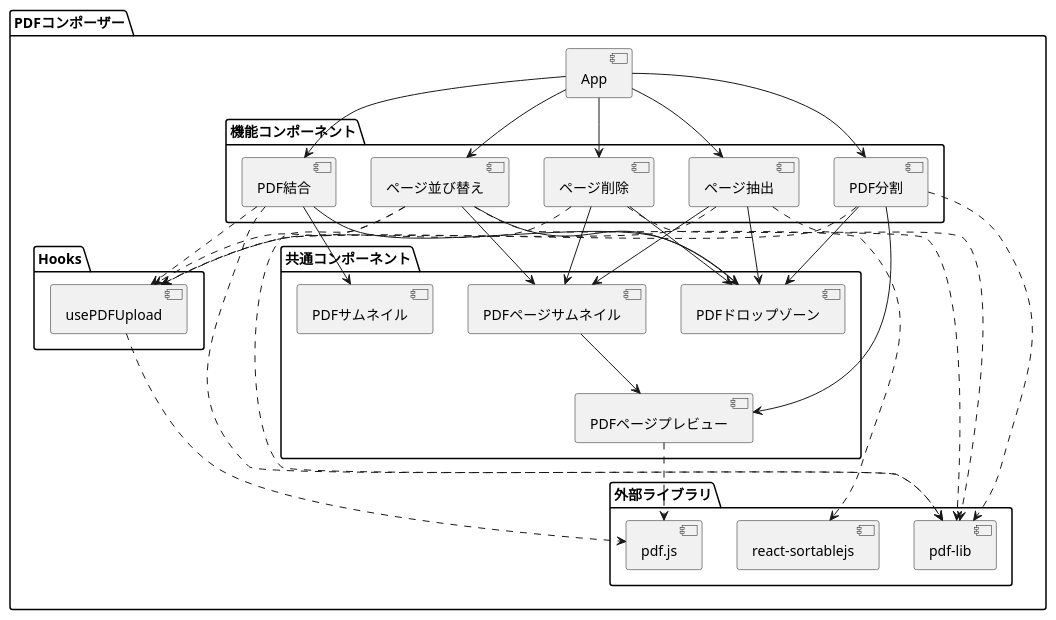
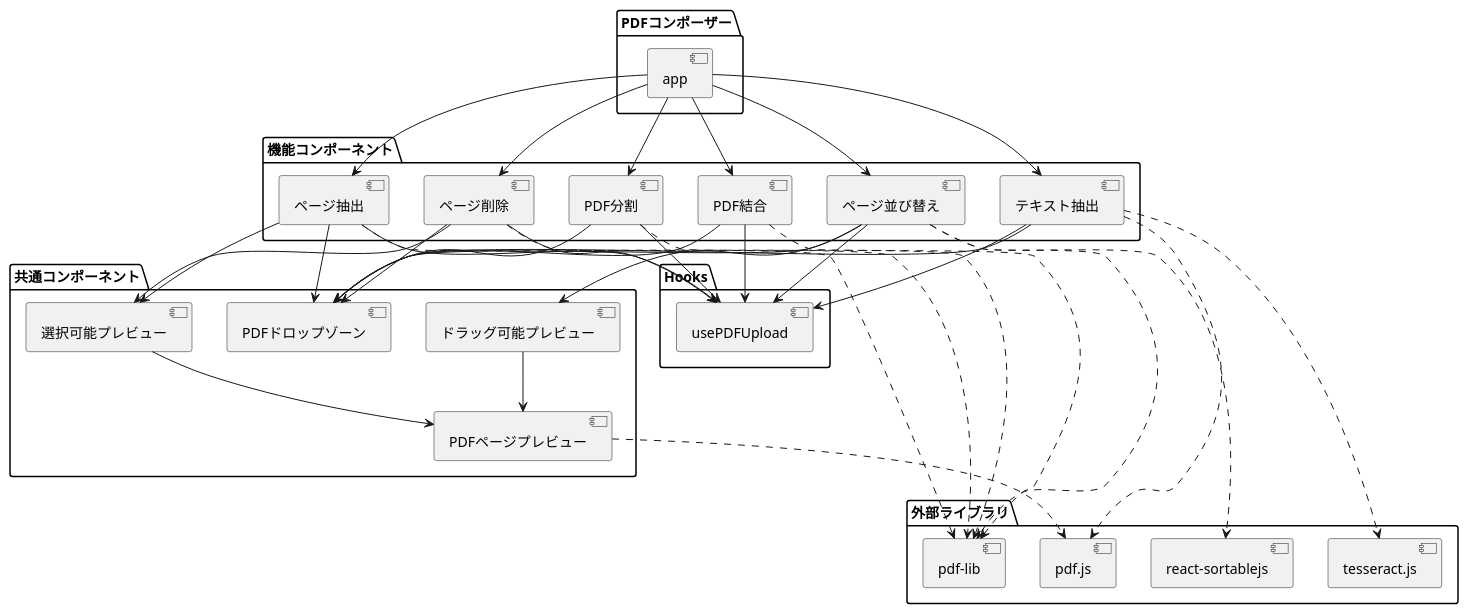
Before and after one commit to Simpwell/pdfcomposer: the diagram in materials/component_diagram.puml, drawn with PlantUML. The commit also changed 3 other files, not shown here.

Commit message:
Update UML diagrams and README for text extraction feature

```diff
--- a/materials/component_diagram.puml
+++ b/materials/component_diagram.puml
@@ -1,70 +1,77 @@
 @startuml
 
 package "PDFコンポーザー" {
-  [App] as app
-  
-  package "機能コンポーネント" {
-    [PDF結合] as merge
-    [ページ並び替え] as reorder
-    [ページ削除] as delete
-    [ページ抽出] as extract
-    [PDF分割] as split
-  }
-  
-  package "共通コンポーネント" {
-    [PDFドロップゾーン] as dropzone
-    [PDFページプレビュー] as preview
-    [PDFページサムネイル] as thumbnail
-    [PDFサムネイル] as pdfthumbnail
-  }
-  
-  package "Hooks" {
-    [usePDFUpload] as upload
-  }
-  
-  package "外部ライブラリ" {
-    [pdf-lib] as pdflib
-    [pdf.js] as pdfjs
-    [react-sortablejs] as sortable
-  }
+  [app]
 }
 
-' 依存関係
+package "機能コンポーネント" {
+  [merge] as "PDF結合"
+  [reorder] as "ページ並び替え"
+  [delete] as "ページ削除"
+  [extract] as "ページ抽出"
+  [split] as "PDF分割"
+  [text] as "テキスト抽出"
+}
+
+package "共通コンポーネント" {
+  [dropzone] as "PDFドロップゾーン"
+  [preview] as "PDFページプレビュー"
+  [draggable] as "ドラッグ可能プレビュー"
+  [selectable] as "選択可能プレビュー"
+}
+
+package "Hooks" {
+  [pdfUpload] as "usePDFUpload"
+}
+
+package "外部ライブラリ" {
+  [pdflib] as "pdf-lib"
+  [pdfjs] as "pdf.js"
+  [sortable] as "react-sortablejs"
+  [tesseract] as "tesseract.js"
+}
+
+' アプリケーションと機能コンポーネントの関係
 app --> merge
 app --> reorder
 app --> delete
 app --> extract
 app --> split
+app --> text
 
+' 機能コンポーネントと共通コンポーネントの関係
 merge --> dropzone
-merge --> pdfthumbnail
-merge ..> upload
+reorder --> dropzone
+delete --> dropzone
+extract --> dropzone
+split --> dropzone
+text --> dropzone
+
+reorder --> draggable
+delete --> selectable
+extract --> selectable
+
+draggable --> preview
+selectable --> preview
+
+' 機能コンポーネントとHooksの関係
+merge --> pdfUpload
+reorder --> pdfUpload
+delete --> pdfUpload
+extract --> pdfUpload
+split --> pdfUpload
+text --> pdfUpload
+
+' 外部ライブラリの利用関係
 merge ..> pdflib
+reorder ..> pdflib
+delete ..> pdflib
+extract ..> pdflib
+split ..> pdflib
+text ..> pdfjs
+text ..> tesseract
 
-reorder --> dropzone
-reorder --> thumbnail
-reorder ..> upload
-reorder ..> pdflib
+preview ..> pdfjs
 reorder ..> sortable
 
-delete --> dropzone
-delete --> thumbnail
-delete ..> upload
-delete ..> pdflib
-
-extract --> dropzone
-extract --> thumbnail
-extract ..> upload
-extract ..> pdflib
-
-split --> dropzone
-split --> preview
-split ..> upload
-split ..> pdflib
-
-thumbnail --> preview
-preview ..> pdfjs
-
-upload ..> pdfjs
-
 @enduml 
```
